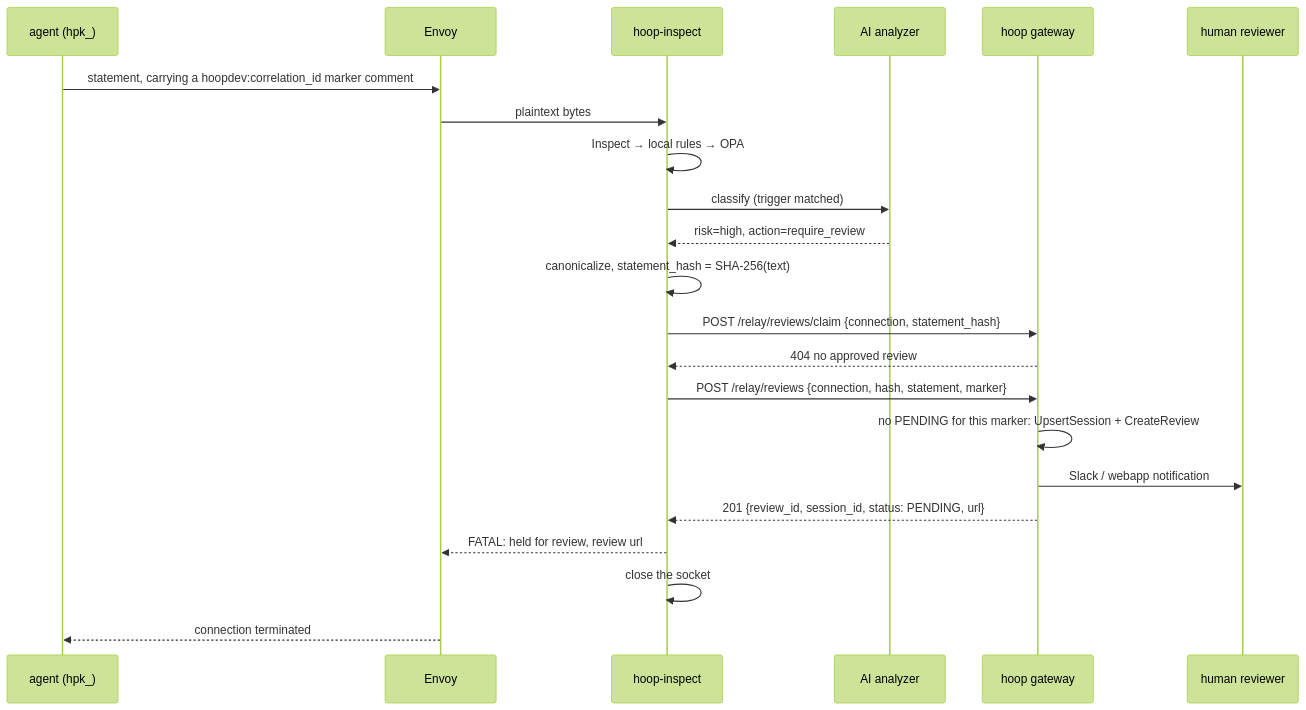
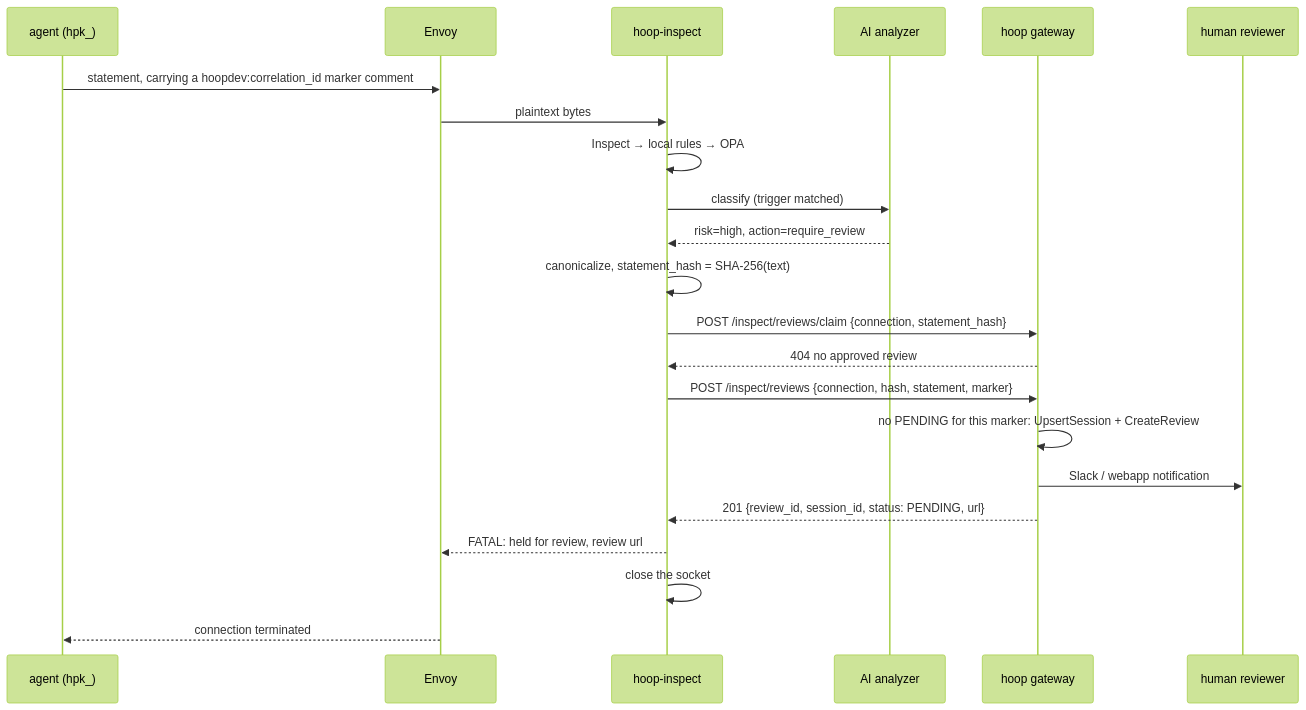
Before and after one commit to hoophq/hoop: the second of 3 diagrams in docs/adr/0005-hoopinspect-review-gate.md, drawn with Mermaid (forest theme). The commit also changed other lines of this file and 21 other files, not shown here.

````diff
--- a/docs/adr/0005-hoopinspect-review-gate.md
+++ b/docs/adr/0005-hoopinspect-review-gate.md
@@ -210,25 +210,25 @@
 ```mermaid
 sequenceDiagram
     participant A as agent (hpk_)
     participant E as Envoy
     participant I as hoop-inspect
     participant AI as AI analyzer
     participant G as hoop gateway
     participant H as human reviewer
 
     A->>E: statement, carrying a hoopdev:correlation_id marker comment
     E->>I: plaintext bytes
     I->>I: Inspect → local rules → OPA
     I->>AI: classify (trigger matched)
     AI-->>I: risk=high, action=require_review
     I->>I: canonicalize, statement_hash = SHA-256(text)
-    I->>G: POST /relay/reviews/claim {connection, statement_hash}
+    I->>G: POST /inspect/reviews/claim {connection, statement_hash}
     G-->>I: 404 no approved review
-    I->>G: POST /relay/reviews {connection, hash, statement, marker}
+    I->>G: POST /inspect/reviews {connection, hash, statement, marker}
     G->>G: no PENDING for this marker: UpsertSession + CreateReview
     G->>H: Slack / webapp notification
     G-->>I: 201 {review_id, session_id, status: PENDING, url}
     I-->>E: FATAL: held for review, review url
     I->>I: close the socket
     E-->>A: connection terminated
 ```
````
